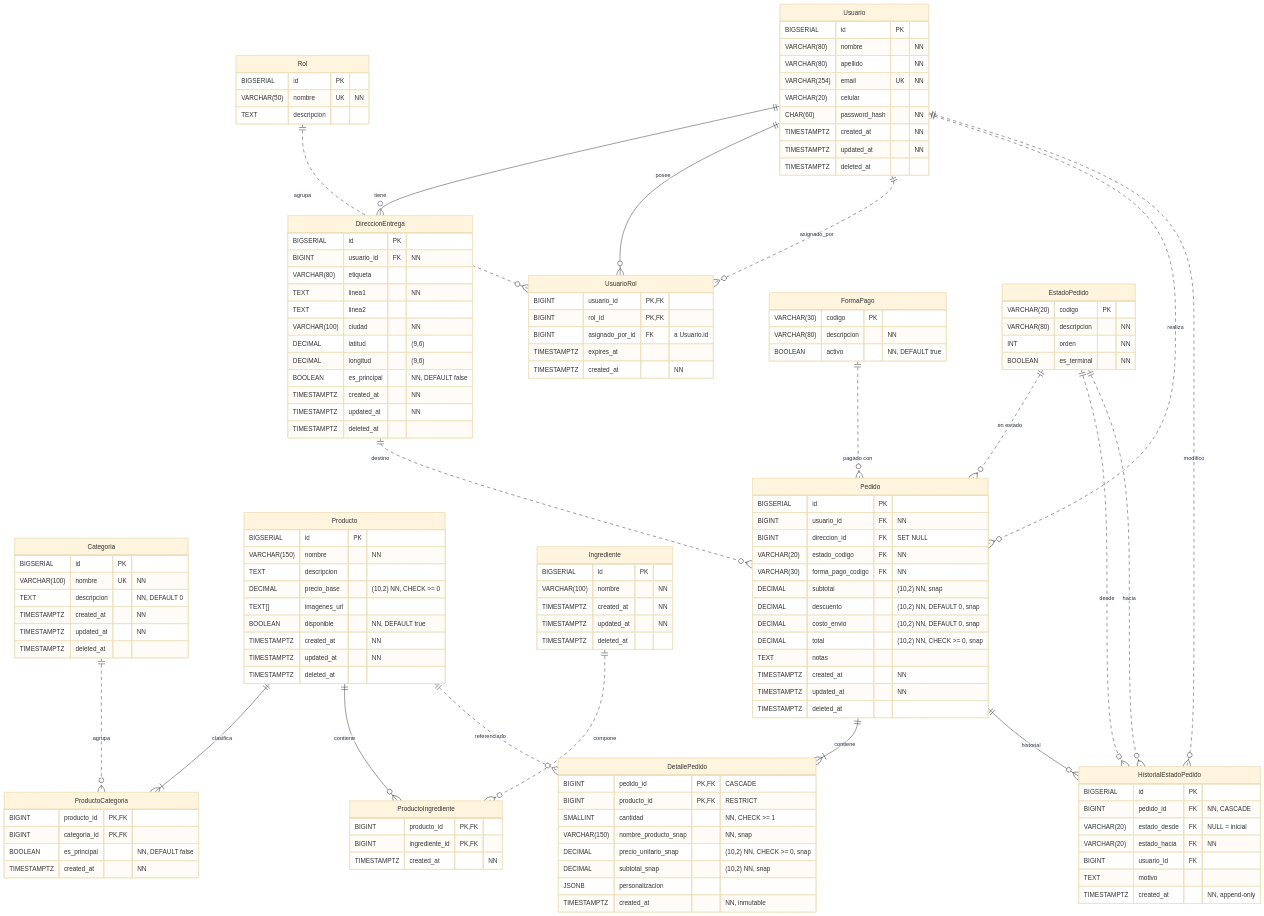
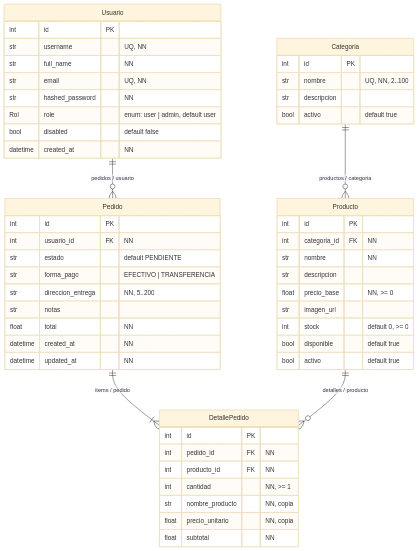
The first of 2 diagrams in backend/doc/uml_food_store.md (jdario9912/tp-unidades-programacion-IV), drawn with Mermaid (base theme) before and after one commit. The commit also changed other lines of this file and 1 other file, not shown here.

Commit message:
docs: backend - modelo de datos y readme

````diff
--- a/backend/doc/uml_food_store.md
+++ b/backend/doc/uml_food_store.md
@@ -19,164 +7,59 @@
 ```mermaid
 erDiagram
-    %% ═══ Identidad & Acceso ═══
     Usuario {
-        BIGSERIAL id PK
-        VARCHAR(80) nombre "NN"
-        VARCHAR(80) apellido "NN"
-        VARCHAR(254) email UK "NN"
-        VARCHAR(20) celular
-        CHAR(60) password_hash "NN"
-        TIMESTAMPTZ created_at "NN"
-        TIMESTAMPTZ updated_at "NN"
-        TIMESTAMPTZ deleted_at
+        int id PK
+        str username "UQ, NN"
+        str full_name "NN"
+        str email "UQ, NN"
+        str hashed_password "NN"
+        Rol role "enum: user | admin, default user"
+        bool disabled "default false"
+        datetime created_at "NN"
     }
 
-    Rol {
-        BIGSERIAL id PK
-        VARCHAR(50) nombre UK "NN"
-        TEXT descripcion
-    }
-
-    UsuarioRol {
-        BIGINT usuario_id PK, FK
-        BIGINT rol_id PK, FK
-        BIGINT asignado_por_id FK "a Usuario.id"
-        TIMESTAMPTZ expires_at
-        TIMESTAMPTZ created_at "NN"
-    }
-
-    DireccionEntrega {
-        BIGSERIAL id PK
-        BIGINT usuario_id FK "NN"
-        VARCHAR(80) etiqueta
-        TEXT linea1 "NN"
-        TEXT linea2
-        VARCHAR(100) ciudad "NN"
-        DECIMAL latitud "(9,6)"
-        DECIMAL longitud "(9,6)"
-        BOOLEAN es_principal "NN, DEFAULT false"
-        TIMESTAMPTZ created_at "NN"
-        TIMESTAMPTZ updated_at "NN"
-        TIMESTAMPTZ deleted_at
-    }
-
-    %% ═══ Catálogo de Productos ═══
     Categoria {
-        BIGSERIAL id PK
-        VARCHAR(100) nombre UK "NN"
-        TEXT descripcion "NN, DEFAULT 0"
-        TIMESTAMPTZ created_at "NN"
-        TIMESTAMPTZ updated_at "NN"
-        TIMESTAMPTZ deleted_at
+        int id PK
+        str nombre "UQ, NN, 2..100"
+        str descripcion
+        bool activo "default true"
     }
 
     Producto {
-        BIGSERIAL id PK
-        VARCHAR(150) nombre "NN"
-        TEXT descripcion
-        DECIMAL precio_base "(10,2) NN, CHECK >= 0"
-        TEXT[] imagenes_url
-        BOOLEAN disponible "NN, DEFAULT true"
-        TIMESTAMPTZ created_at "NN"
-        TIMESTAMPTZ updated_at "NN"
-        TIMESTAMPTZ deleted_at
-    }
-
-    ProductoCategoria {
-        BIGINT producto_id PK, FK
-        BIGINT categoria_id PK, FK
-        BOOLEAN es_principal "NN, DEFAULT false"
-        TIMESTAMPTZ created_at "NN"
-    }
-
-    Ingrediente {
-        BIGSERIAL id PK
-        VARCHAR(100) nombre "NN"
-        TIMESTAMPTZ created_at "NN"
-        TIMESTAMPTZ updated_at "NN"
-        TIMESTAMPTZ deleted_at
-    }
-
-    ProductoIngrediente {
-        BIGINT producto_id PK, FK
-        BIGINT ingrediente_id PK, FK
-        TIMESTAMPTZ created_at "NN"
-    }
-
-    %% ═══ Ventas & Transacciones ═══
-    FormaPago {
-        VARCHAR(30) codigo PK
-        VARCHAR(80) descripcion "NN"
-        BOOLEAN activo "NN, DEFAULT true"
-    }
-
-    EstadoPedido {
-        VARCHAR(20) codigo PK
-        VARCHAR(80) descripcion "NN"
-        INT orden "NN"
-        BOOLEAN es_terminal "NN"
+        int id PK
+        int categoria_id FK "NN"
+        str nombre "NN"
+        str descripcion
+        float precio_base "NN, >= 0"
+        str imagen_url
+        int stock "default 0, >= 0"
+        bool disponible "default true"
+        bool activo "default true"
     }
 
     Pedido {
-        BIGSERIAL id PK
-        BIGINT usuario_id FK "NN"
-        BIGINT direccion_id FK "SET NULL"
-        VARCHAR(20) estado_codigo FK "NN"
-        VARCHAR(30) forma_pago_codigo FK "NN"
-        DECIMAL subtotal "(10,2) NN, snap"
-        DECIMAL descuento "(10,2) NN, DEFAULT 0, snap"
-        DECIMAL costo_envio "(10,2) NN, DEFAULT 0, snap"
-        DECIMAL total "(10,2) NN, CHECK >= 0, snap"
-        TEXT notas
-        TIMESTAMPTZ created_at "NN"
-        TIMESTAMPTZ updated_at "NN"
-        TIMESTAMPTZ deleted_at
+        int id PK
+        int usuario_id FK "NN"
+        str estado "default PENDIENTE"
+        str forma_pago "EFECTIVO | TRANSFERENCIA"
+        str direccion_entrega "NN, 5..200"
+        str notas
+        float total "NN"
+        datetime created_at "NN"
+        datetime updated_at "NN"
     }
 
     DetallePedido {
-        BIGINT pedido_id PK, FK "CASCADE"
-        BIGINT producto_id PK, FK "RESTRICT"
-        SMALLINT cantidad "NN, CHECK >= 1"
-        VARCHAR(150) nombre_producto_snap "NN, snap"
-        DECIMAL precio_unitario_snap "(10,2) NN, CHECK >= 0, snap"
-        DECIMAL subtotal_snap "(10,2) NN, snap"
-        JSONB personalizacion
-        TIMESTAMPTZ created_at "NN, inmutable"
+        int id PK
+        int pedido_id FK "NN"
+        int producto_id FK "NN"
+        int cantidad "NN, >= 1"
+        str nombre_producto "NN, copia"
+        float precio_unitario "NN, copia"
+        float subtotal "NN"
     }
 
-    HistorialEstadoPedido {
-        BIGSERIAL id PK
-        BIGINT pedido_id FK "NN, CASCADE"
-        VARCHAR(20) estado_desde FK "NULL = inicial"
-        VARCHAR(20) estado_hacia FK "NN"
-        BIGINT usuario_id FK
-        TEXT motivo
-        TIMESTAMPTZ created_at "NN, append-only"
-    }
-
-    %% ═══ Relaciones: Identidad ═══
-    Usuario ||--o{ DireccionEntrega : tiene
-    Usuario ||--o{ UsuarioRol : posee
-    Rol ||..o{ UsuarioRol : agrupa
-    Usuario ||..o{ UsuarioRol : asignado_por
-
-    %% ═══ Relaciones: Catálogo ═══
-    Producto ||--|{ ProductoCategoria : clasifica
-    Categoria ||..o{ ProductoCategoria : agrupa
-    Producto ||--o{ ProductoIngrediente : contiene
-    Ingrediente ||..o{ ProductoIngrediente : compone
-
-    %% ═══ Relaciones: Ventas ═══
-    Usuario ||..o{ Pedido : realiza
-    DireccionEntrega ||..o{ Pedido : destino
-    EstadoPedido ||..o{ Pedido : "en estado"
-    FormaPago ||..o{ Pedido : "pagado con"
-    Pedido ||--|{ DetallePedido : contiene
-    Producto ||..o{ DetallePedido : referenciado
-
-    %% ═══ Relaciones: Trazabilidad ═══
-    Pedido ||--o{ HistorialEstadoPedido : historial
-    EstadoPedido ||..o{ HistorialEstadoPedido : desde
-    EstadoPedido ||..o{ HistorialEstadoPedido : hacia
-    Usuario ||..o{ HistorialEstadoPedido : modifico
+    Categoria ||--o{ Producto : "productos / categoria"
+    Usuario ||--o{ Pedido : "pedidos / usuario"
+    Pedido ||--|{ DetallePedido : "items / pedido"
+    Producto ||--o{ DetallePedido : "detalles / producto"
 ```
````
